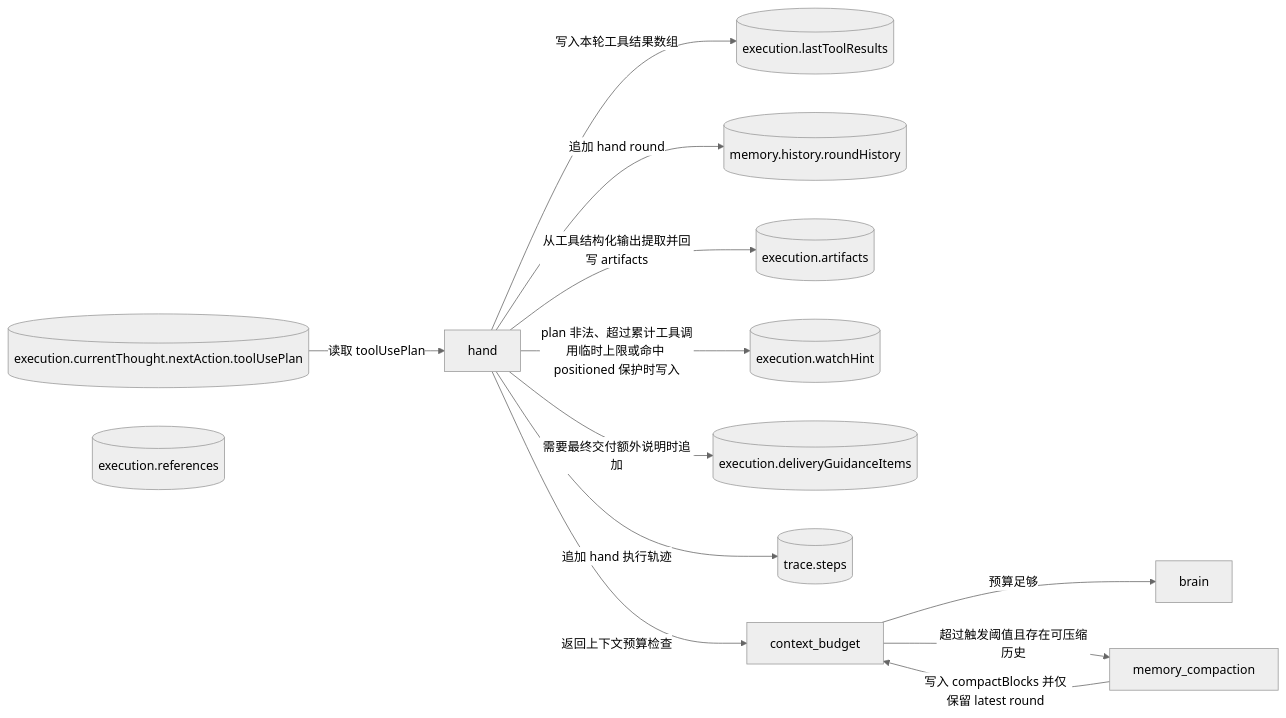
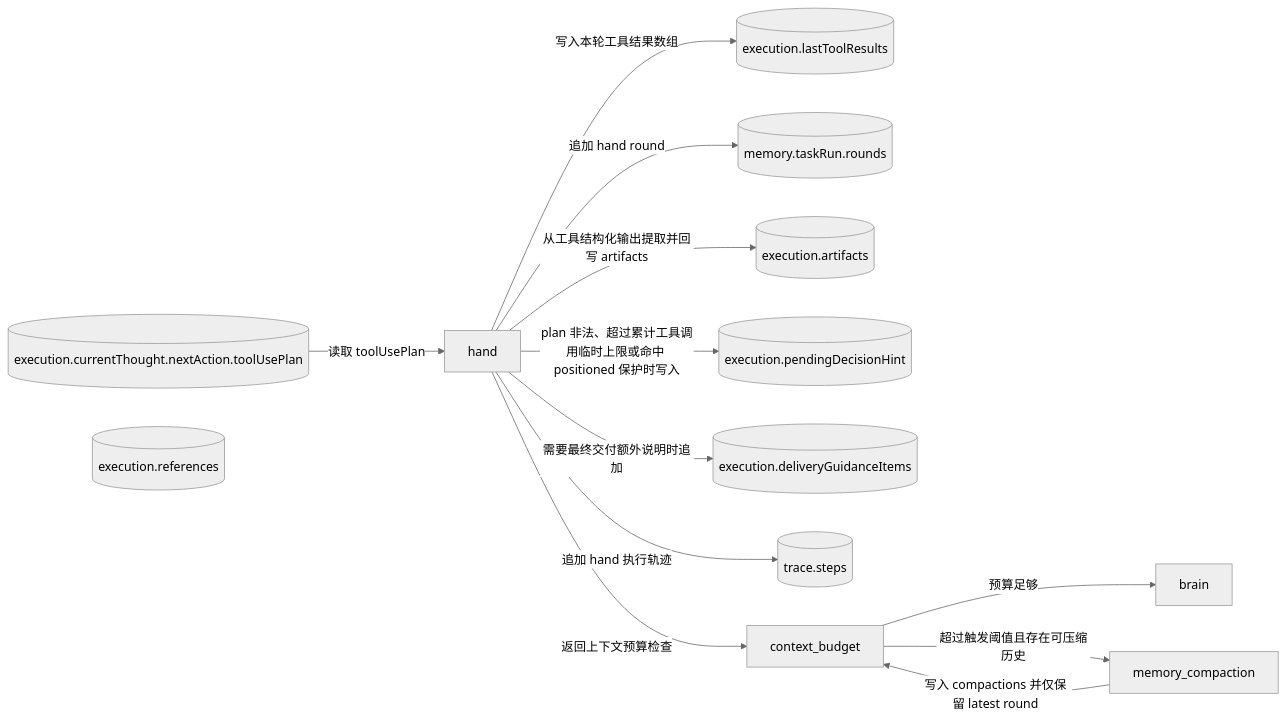
Before and after one commit to Yoan98/Ncurator: the fourth of 5 diagrams in doc/ai-design/data-definition-and-flow.md, drawn with Mermaid (neutral theme). The commit also changed other lines of this file and 65 other files, not shown here.

Commit message:
Refactor AI memory to use decision hints and task runs

````diff
--- a/doc/ai-design/data-definition-and-flow.md
+++ b/doc/ai-design/data-definition-and-flow.md
@@ -1138,27 +1138,27 @@
 ```mermaid
 flowchart LR
     CD[("execution.currentThought.nextAction.toolUsePlan")]
     H["hand"]
     LTR[("execution.lastToolResults")]
-    PM[("memory.history.roundHistory")]
+    PM[("memory.taskRun.rounds")]
     A[("execution.artifacts")]
     RF[("execution.references")]
-    WH[("execution.watchHint")]
+    WH[("execution.pendingDecisionHint")]
     DG[("execution.deliveryGuidanceItems")]
     TR[("trace.steps")]
     CB["context_budget"]
     MC["memory_compaction"]
     B["brain"]
 
     CD -->|读取 toolUsePlan| H
     H -->|写入本轮工具结果数组| LTR
     H -->|追加 hand round| PM
     H -->|从工具结构化输出提取并回写 artifacts| A
     H -->|plan 非法、超过累计工具调用临时上限或命中 positioned 保护时写入| WH
     H -->|需要最终交付额外说明时追加| DG
     H -->|追加 hand 执行轨迹| TR
     H -->|返回上下文预算检查| CB
     CB -->|预算足够| B
     CB -->|超过触发阈值且存在可压缩历史| MC
-    MC -->|写入 compactBlocks 并仅保留 latest round| CB
+    MC -->|写入 compactions 并仅保留 latest round| CB
 ```
````
